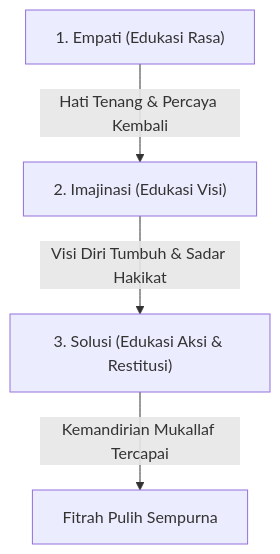
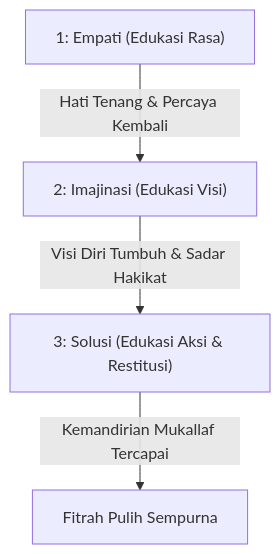
One commit to decaller/wiki-pkn changed the first of 2 diagrams in content/Paradigma - Implementasi PKN/Dokumen Pendidikan Karakter Nabawiyah/Paradigma & Implementasi/Pendidikan Ideal/Luka dan Hutang Pengasuhan/Recovery.md. Above: the diagram before and after it, drawn with Mermaid. The commit also changed 26 other files, not shown here.

Commit message:
fix(mermaid): sanitize list syntax in node labels to resolve 'Unsupported markdown: list' error

````diff
--- a/content/Paradigma - Implementasi PKN/Dokumen Pendidikan Karakter Nabawiyah/Paradigma & Implementasi/Pendidikan Ideal/Luka dan Hutang Pengasuhan/Recovery.md
+++ b/content/Paradigma - Implementasi PKN/Dokumen Pendidikan Karakter Nabawiyah/Paradigma & Implementasi/Pendidikan Ideal/Luka dan Hutang Pengasuhan/Recovery.md
@@ -62,6 +62,6 @@
 ```mermaid
 flowchart TD
-    A["1. Empati (Edukasi Rasa)"] -->|Hati Tenang & Percaya Kembali| B["2. Imajinasi (Edukasi Visi)"]
-    B -->|Visi Diri Tumbuh & Sadar Hakikat| C["3. Solusi (Edukasi Aksi & Restitusi)"]
+    A["1: Empati (Edukasi Rasa)"] -->|Hati Tenang & Percaya Kembali| B["2: Imajinasi (Edukasi Visi)"]
+    B -->|Visi Diri Tumbuh & Sadar Hakikat| C["3: Solusi (Edukasi Aksi & Restitusi)"]
     C -->|Kemandirian Mukallaf Tercapai| D["Fitrah Pulih Sempurna"]
 ```
````
